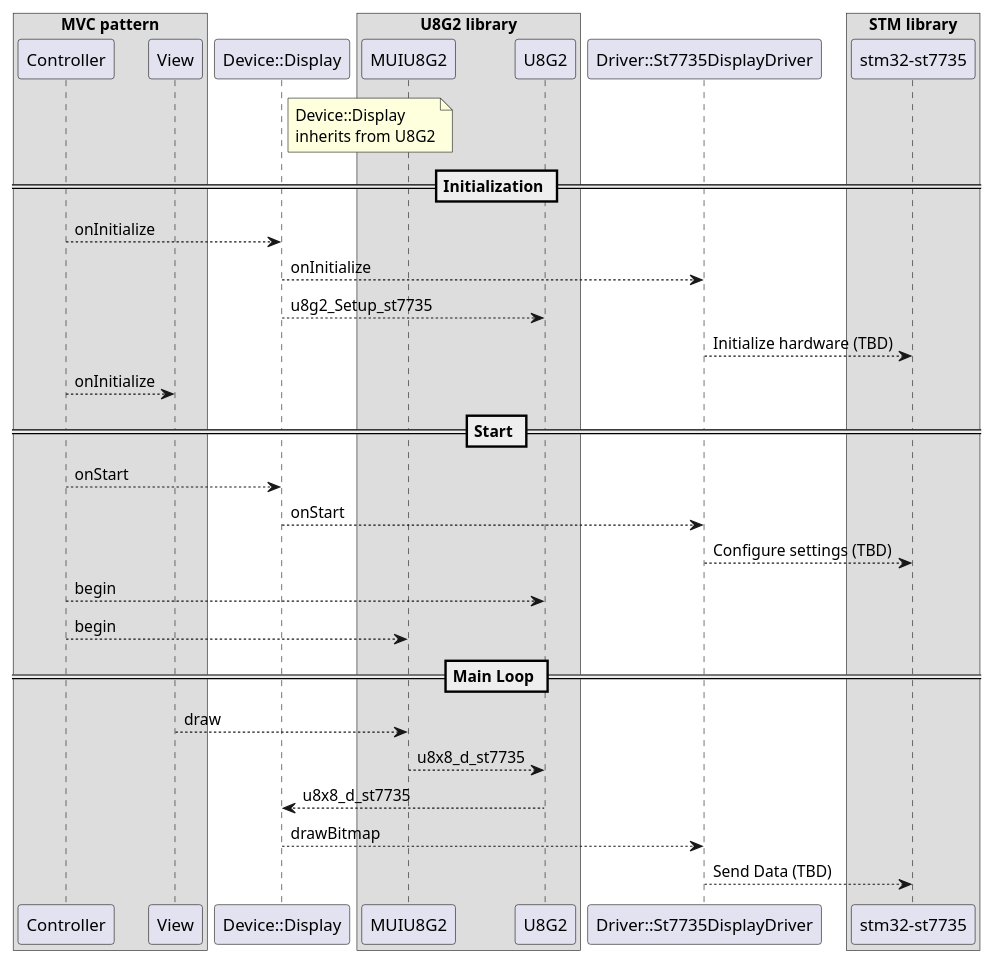
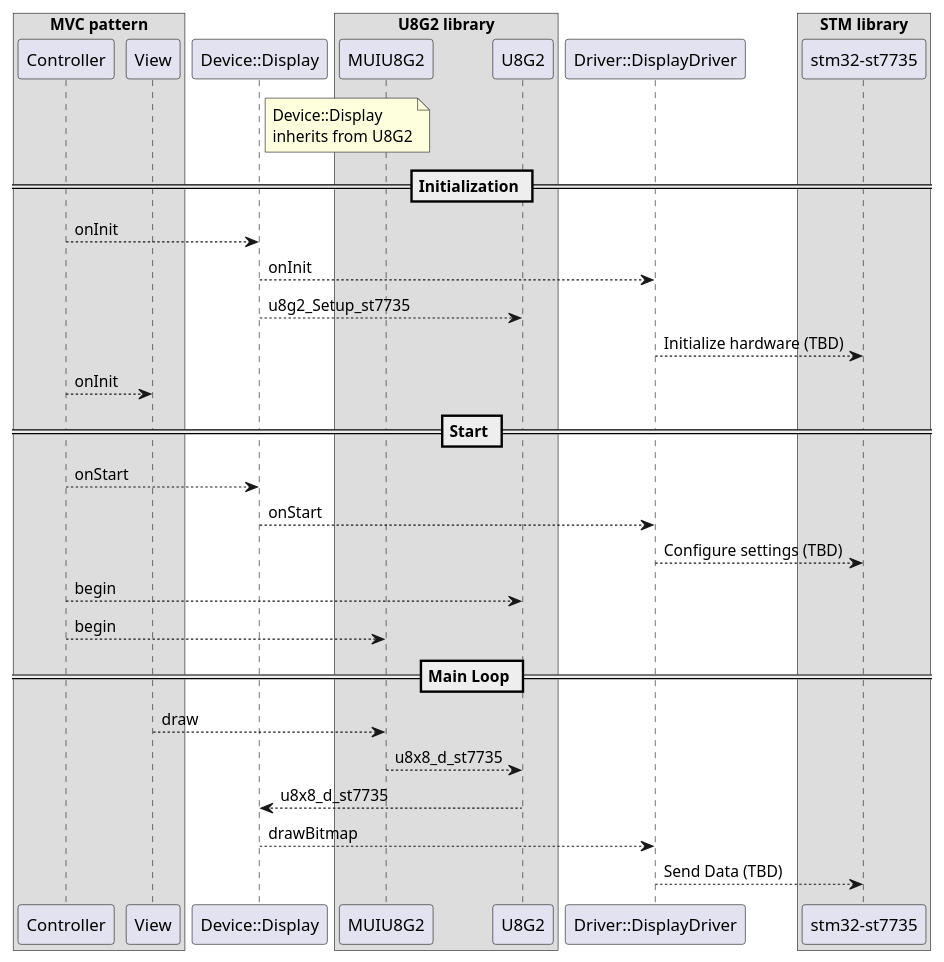
One commit to RobertGawron/HardwareDataLogger changed the diagram in Documentation/Diagrams/DisplaySequenceDiagram.plantuml. Above: the diagram before and after it, drawn with PlantUML. The commit also changed 169 other files, not shown here.

```diff
--- a/Documentation/Diagrams/DisplaySequenceDiagram.plantuml
+++ b/Documentation/Diagrams/DisplaySequenceDiagram.plantuml
@@ -1,49 +1,49 @@
 @startuml
 
 box "MVC pattern"
 participant "Controller" as CONTROLLER
 participant "View" as VIEW
 end box
 
 participant "Device::Display" as DISPLAY
 note right of DISPLAY
 Device::Display
 inherits from U8G2
 end note
 
 box "U8G2 library"
 participant MUIU8G2
 participant U8G2
 end box
 
-participant "Driver::St7735DisplayDriver" as DRIVER
+participant "Driver::DisplayDriver" as DRIVER
 box "STM library"
 participant "stm32-st7735" as ST7735_LIB
 end box
 
 == Initialization ==
 
-CONTROLLER --> DISPLAY : onInitialize
-DISPLAY --> DRIVER : onInitialize
+CONTROLLER --> DISPLAY : onInit
+DISPLAY --> DRIVER : onInit
 DISPLAY --> U8G2 : u8g2_Setup_st7735
 
 DRIVER --> ST7735_LIB : Initialize hardware (TBD)
-CONTROLLER --> VIEW: onInitialize
+CONTROLLER --> VIEW: onInit
 == Start ==
 
 CONTROLLER --> DISPLAY : onStart
 DISPLAY --> DRIVER : onStart
 DRIVER --> ST7735_LIB : Configure settings (TBD)
 
 CONTROLLER --> U8G2 : begin
 CONTROLLER --> MUIU8G2 : begin
 
 == Main Loop ==
 
 VIEW --> MUIU8G2 : draw
 MUIU8G2 --> U8G2 : u8x8_d_st7735
 U8G2  --> DISPLAY : u8x8_d_st7735
 DISPLAY --> DRIVER : drawBitmap
 DRIVER --> ST7735_LIB : Send Data (TBD)
 
 @enduml
```
